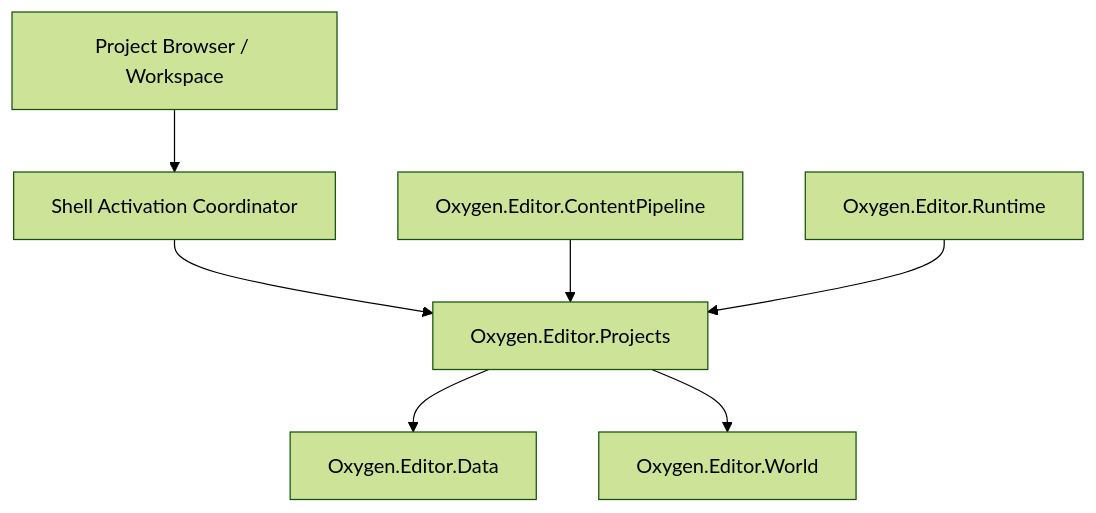
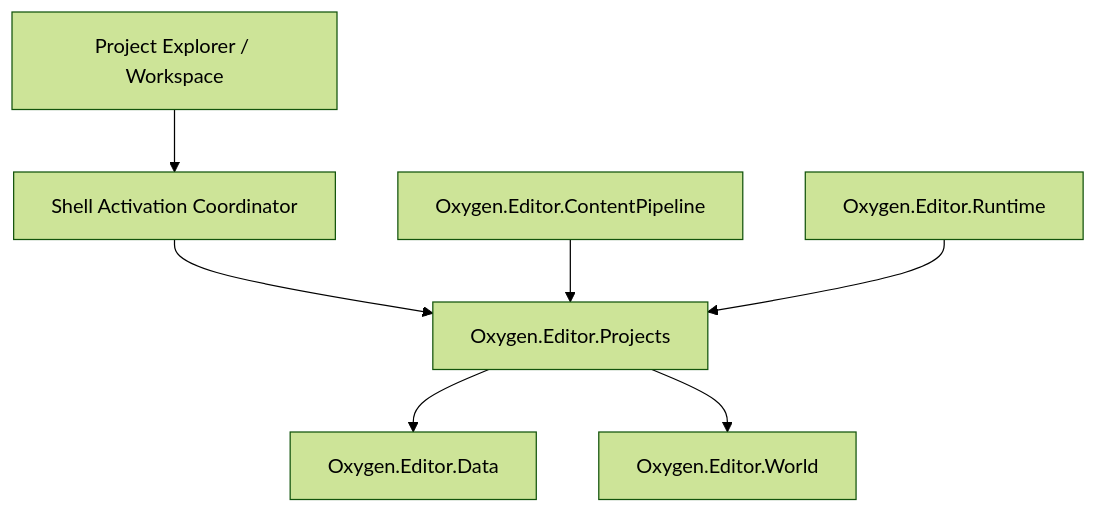
The diagram in design/editor/lld/project-services.md (abdes/DroidNet), drawn with Mermaid (forest theme) before and after one commit. The commit also changed other lines of this file and 104 other files, not shown here.

First line of the commit message:
refactor(project-explorer): name the start experience ProjectExplorer

````diff
--- a/design/editor/lld/project-services.md
+++ b/design/editor/lld/project-services.md
@@ -91,17 +91,17 @@
 ```mermaid
 flowchart TB
-    UI[Project Browser / Workspace]
+    UI[Project Explorer / Workspace]
     Workflow[Shell Activation Coordinator]
     ProjectServices[Oxygen.Editor.Projects]
     Data[Oxygen.Editor.Data]
     World[Oxygen.Editor.World]
     Pipeline[Oxygen.Editor.ContentPipeline]
     Runtime[Oxygen.Editor.Runtime]
 
     UI --> Workflow
     Workflow --> ProjectServices
     ProjectServices --> Data
     ProjectServices --> World
     Pipeline --> ProjectServices
     Runtime --> ProjectServices
 ```
````
